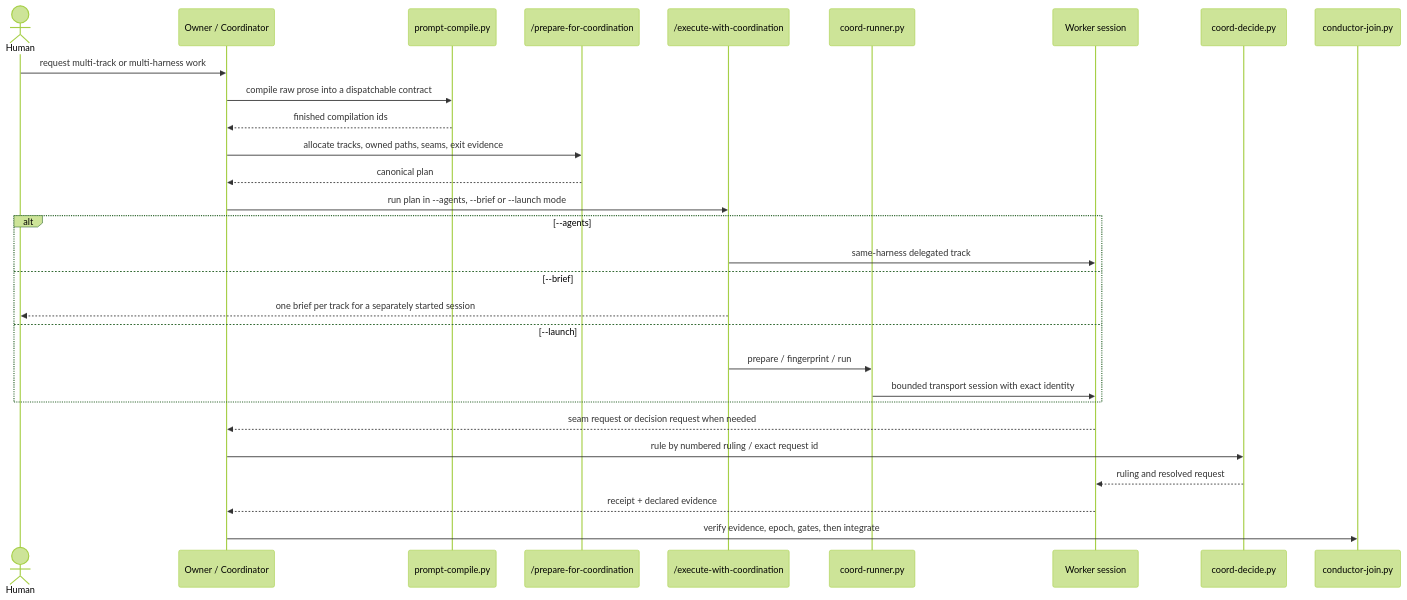
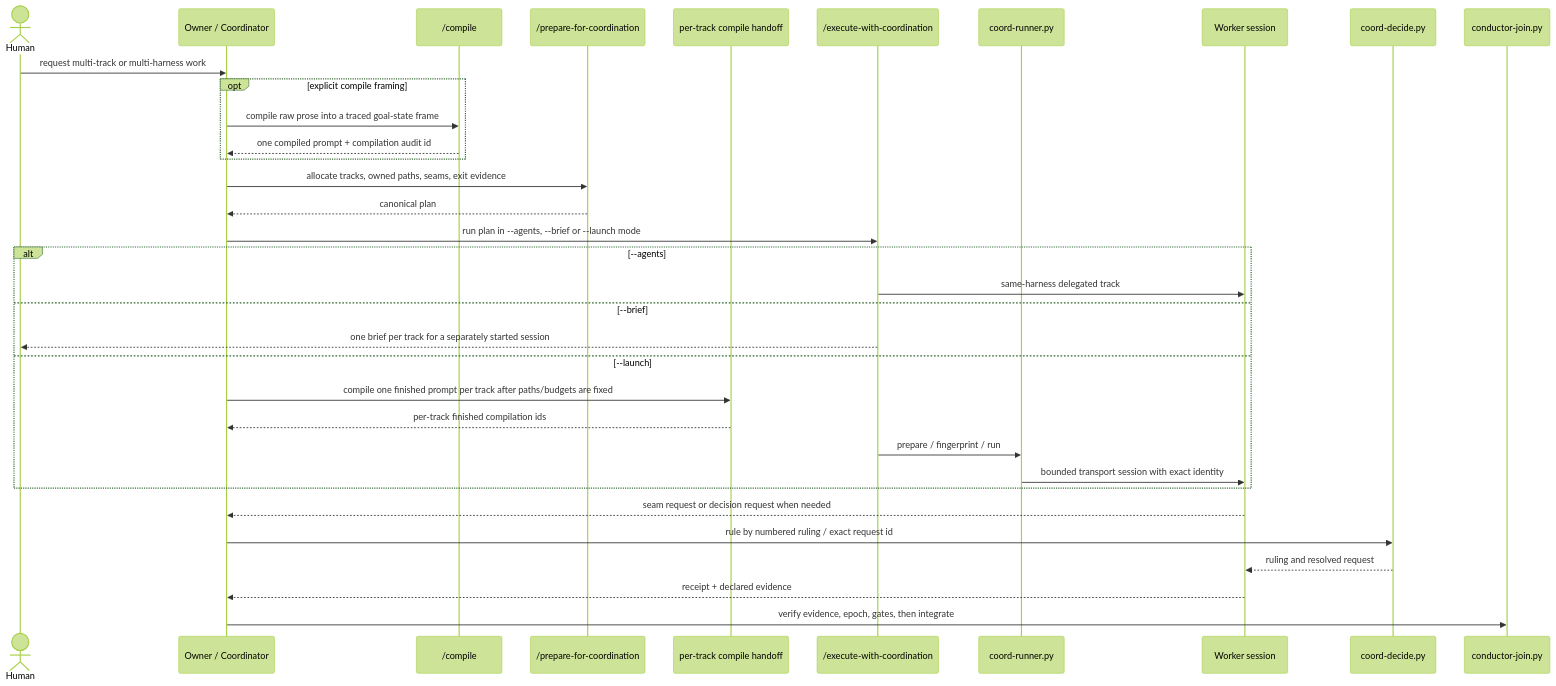
The second of 5 diagrams in docs/architecture-multi-harness-coordination.md (timianmalloo/ai-forward), drawn with Mermaid (forest theme) before and after one commit. The commit also changed other lines of this file and 4 other files, not shown here.

Commit message:
docs: clarify prompt-to-coordination flow

````diff
--- a/docs/architecture-multi-harness-coordination.md
+++ b/docs/architecture-multi-harness-coordination.md
@@ -150,32 +150,37 @@
 ```mermaid
 sequenceDiagram
   actor Human as Human
   participant Owner as Owner / Coordinator
-  participant Compile as prompt-compile.py
+  participant Compile as /compile
   participant Plan as /prepare-for-coordination
+  participant TrackCompile as per-track compile handoff
   participant Exec as /execute-with-coordination
   participant Runner as coord-runner.py
   participant Worker as Worker session
   participant Decide as coord-decide.py
   participant Join as conductor-join.py
 
   Human->>Owner: request multi-track or multi-harness work
-  Owner->>Compile: compile raw prose into a dispatchable contract
-  Compile-->>Owner: finished compilation ids
+  opt explicit compile framing
+    Owner->>Compile: compile raw prose into a traced goal-state frame
+    Compile-->>Owner: one compiled prompt + compilation audit id
+  end
   Owner->>Plan: allocate tracks, owned paths, seams, exit evidence
   Plan-->>Owner: canonical plan
   Owner->>Exec: run plan in --agents, --brief or --launch mode
   alt --agents
     Exec->>Worker: same-harness delegated track
   else --brief
     Exec-->>Human: one brief per track for a separately started session
   else --launch
+    Owner->>TrackCompile: compile one finished prompt per track after paths/budgets are fixed
+    TrackCompile-->>Owner: per-track finished compilation ids
     Exec->>Runner: prepare / fingerprint / run
     Runner->>Worker: bounded transport session with exact identity
   end
   Worker-->>Owner: seam request or decision request when needed
   Owner->>Decide: rule by numbered ruling / exact request id
   Decide-->>Worker: ruling and resolved request
   Worker-->>Owner: receipt + declared evidence
   Owner->>Join: verify evidence, epoch, gates, then integrate
 ```
````
